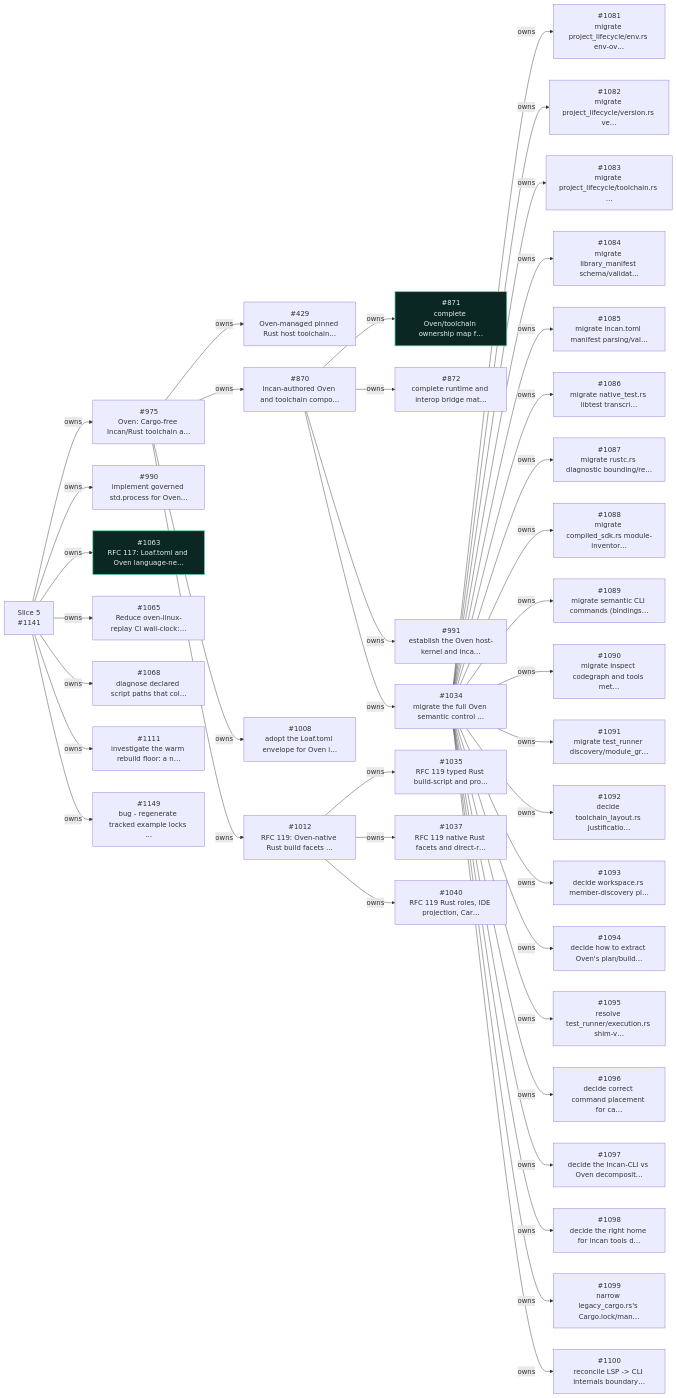
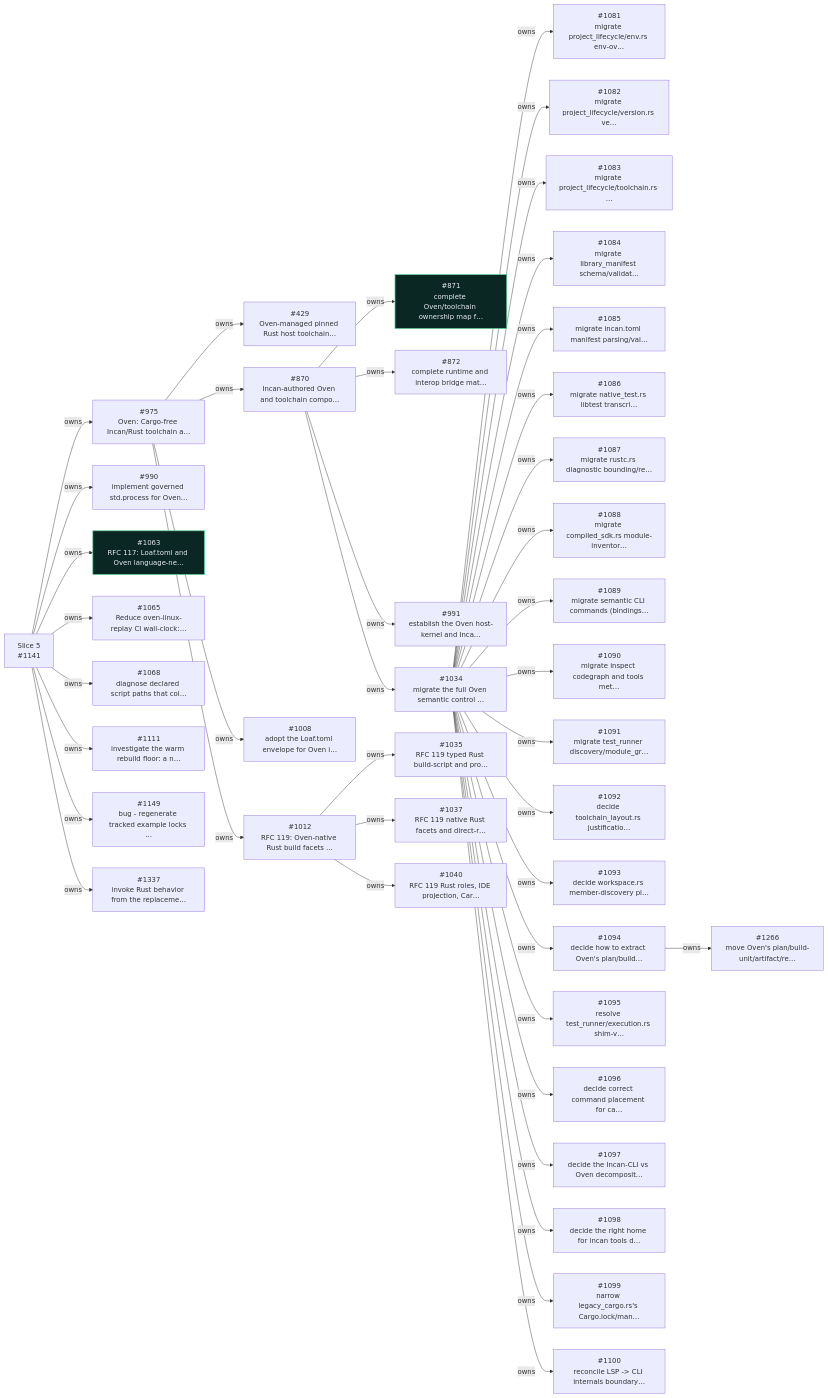
The fifth of 9 diagrams in workspaces/docs-site/docs/_snippets/project/v0_6_roadmap.md (dannys-code-corner/incan), drawn with Mermaid before and after one commit. The commit also changed other lines of this file and 3 other files, not shown here.

````diff
--- a/workspaces/docs-site/docs/_snippets/project/v0_6_roadmap.md
+++ b/workspaces/docs-site/docs/_snippets/project/v0_6_roadmap.md
@@ -362,6 +392,8 @@
   i1111["#1111<br/>investigate the warm rebuild floor: a n…"]
   s1141["Slice 5<br/>#1141"]
   i1149["#1149<br/>bug - regenerate tracked example locks …"]
+  i1266["#1266<br/>move Oven's plan/build-unit/artifact/re…"]
+  i1337["#1337<br/>invoke Rust behavior from the replaceme…"]
   i975 -- owns --> i429
   i975 -- owns --> i870
   i870 -- owns --> i871
@@ -400,6 +432,8 @@
   i1034 -- owns --> i1100
   s1141 -- owns --> i1111
   s1141 -- owns --> i1149
+  i1094 -- owns --> i1266
+  s1141 -- owns --> i1337
   classDef incv06complete fill:#0b2724,stroke:#66d9a3,color:#e4ebf2,stroke-width:1.7px
   class i871,i1063 incv06complete
   click i429 href "https://github.com/encero-systems/incan/issues/429" "Open #429 on GitHub"
@@ -441,4 +475,6 @@
   click i1111 href "https://github.com/encero-systems/incan/issues/1111" "Open #1111 on GitHub"
   click s1141 href "https://github.com/encero-systems/incan/issues/1141" "Open #1141 on GitHub"
   click i1149 href "https://github.com/encero-systems/incan/issues/1149" "Open #1149 on GitHub"
+  click i1266 href "https://github.com/encero-systems/incan/issues/1266" "Open #1266 on GitHub"
+  click i1337 href "https://github.com/encero-systems/incan/issues/1337" "Open #1337 on GitHub"
 ```
````
